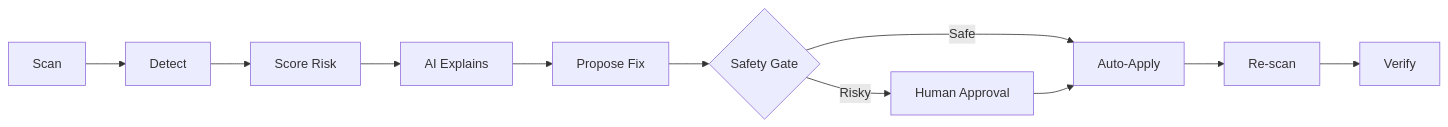
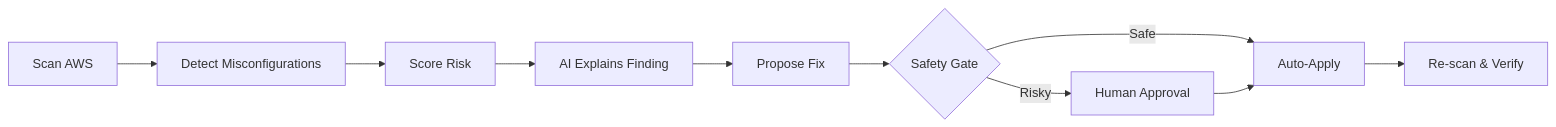
Before and after one commit to nayefsiddique-eng/CloudSentinal: the first of 2 diagrams in README.md, drawn with Mermaid. The commit also changed other lines of this file, not shown here.

````diff
--- a/README.md
+++ b/README.md
@@ -25,13 +22,12 @@
 ```mermaid
 flowchart LR
-    A[Scan] --> B[Detect]
+    A[Scan AWS] --> B[Detect Misconfigurations]
     B --> C[Score Risk]
-    C --> D[AI Explains]
+    C --> D[AI Explains Finding]
     D --> E[Propose Fix]
     E --> F{Safety Gate}
     F -->|Safe| G[Auto-Apply]
     F -->|Risky| H[Human Approval]
     H --> G
-    G --> I[Re-scan]
-    I --> J[Verify]
+    G --> I[Re-scan & Verify]
 ```
````
